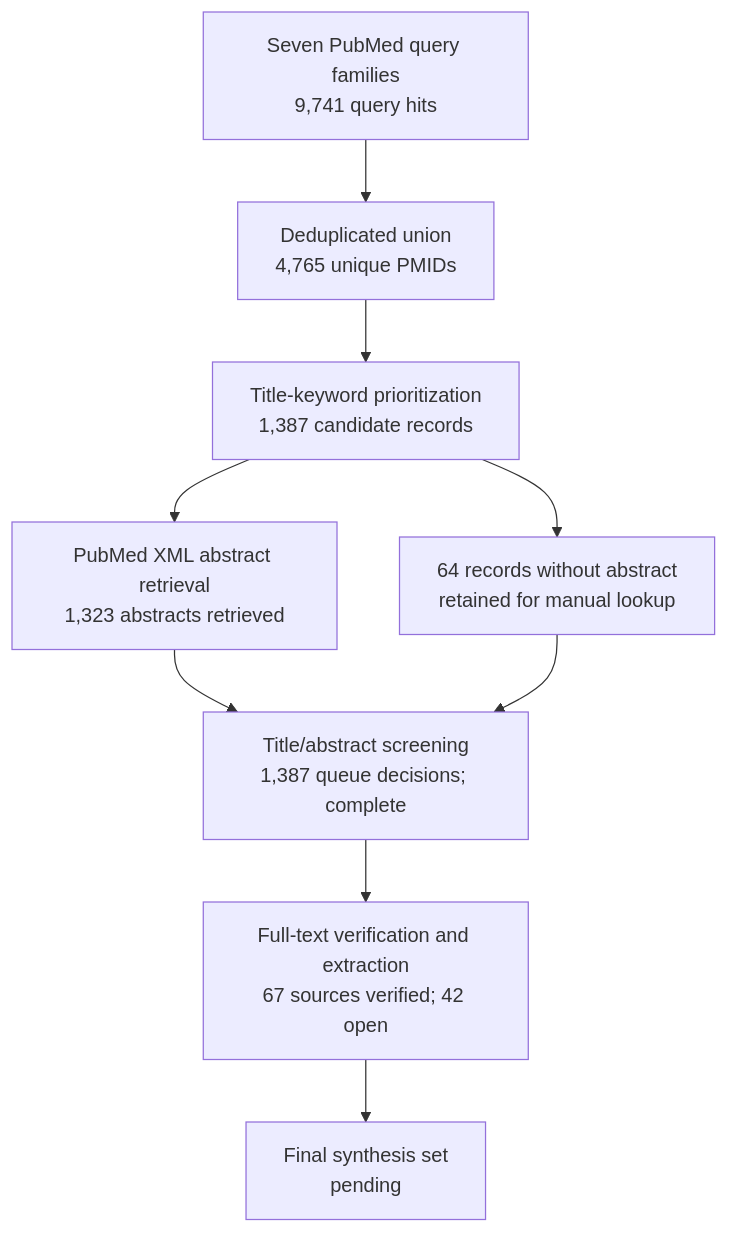
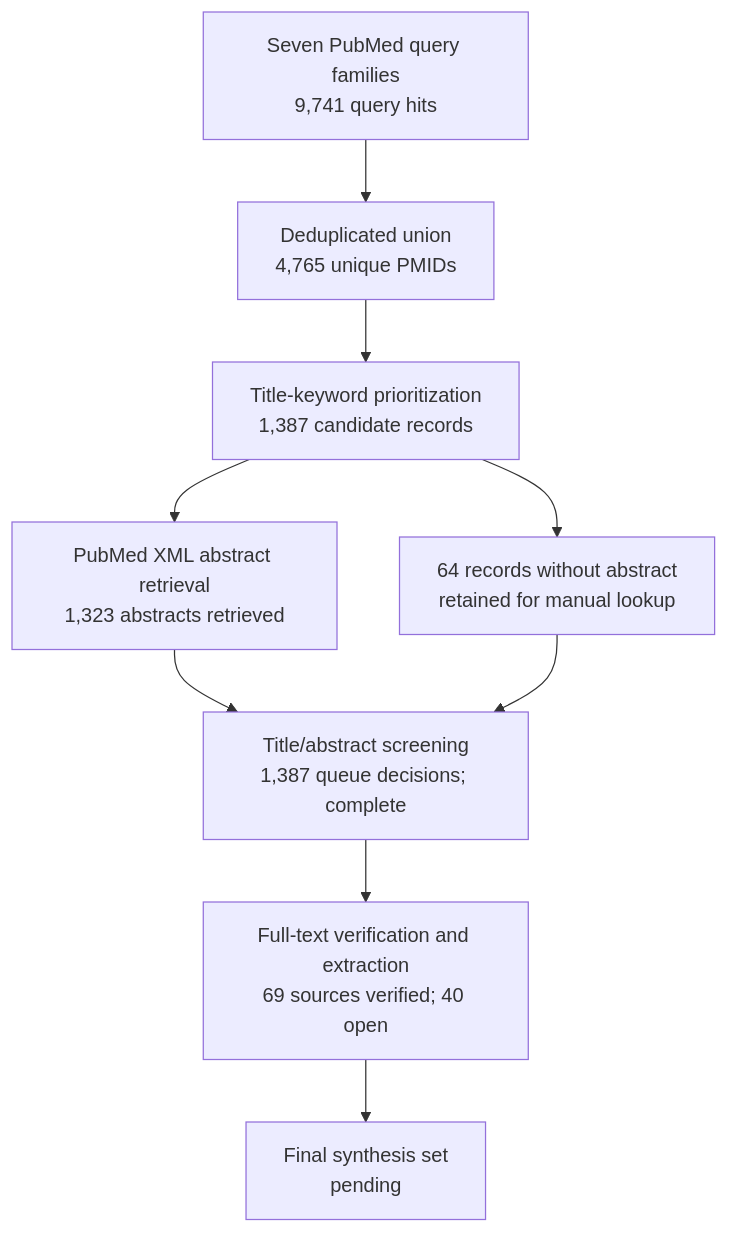
The diagram in manuscript/review-flow.md (dcmcshan/artemisia), drawn with Mermaid before and after one commit. The commit also changed other lines of this file and 14 other files, not shown here.

Commit message:
Add Artemisia fluke full-text tranche

````diff
--- a/manuscript/review-flow.md
+++ b/manuscript/review-flow.md
@@ -5,11 +5,11 @@
 ```mermaid
 flowchart TB
   Q[Seven PubMed query families<br/>9,741 query hits] --> U[Deduplicated union<br/>4,765 unique PMIDs]
   U --> T[Title-keyword prioritization<br/>1,387 candidate records]
   T --> A[PubMed XML abstract retrieval<br/>1,323 abstracts retrieved]
   T --> N[64 records without abstract<br/>retained for manual lookup]
   A --> M[Title/abstract screening<br/>1,387 queue decisions; complete]
   N --> M
-  M --> F[Full-text verification and extraction<br/>67 sources verified; 42 open]
+  M --> F[Full-text verification and extraction<br/>69 sources verified; 40 open]
   F --> S[Final synthesis set<br/>pending]
 ```
````
